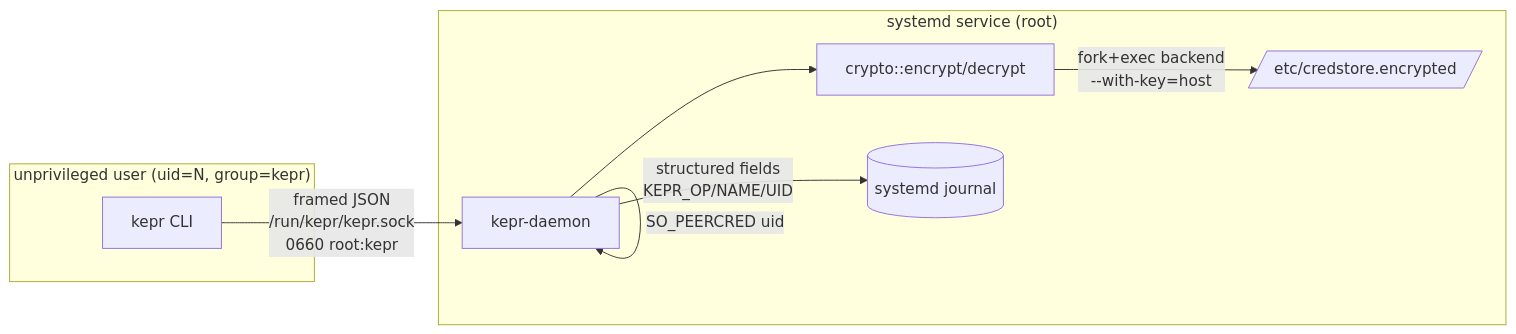
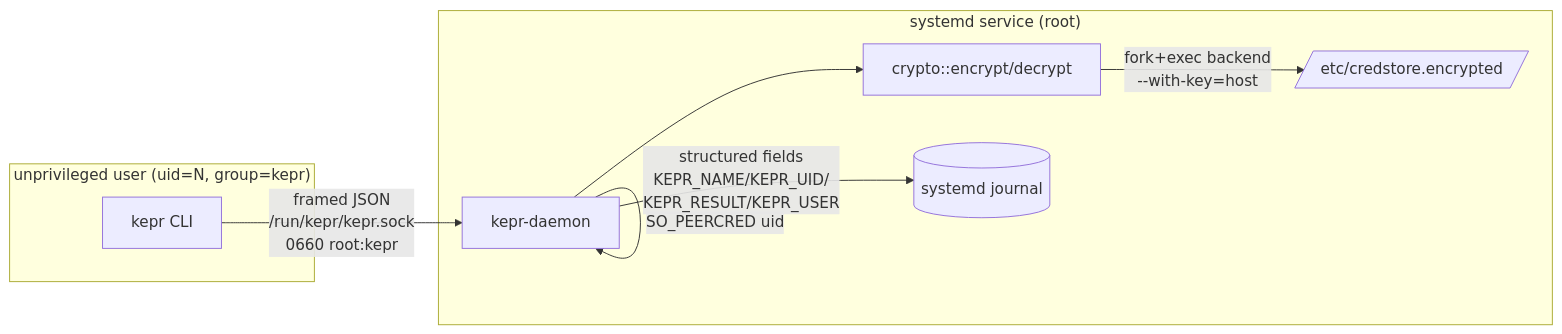
One commit to justdoGIT/kepr changed the diagram in docs/content/docs/architecture/overview.mdx. Above: the diagram before and after it, drawn with Mermaid. The commit also changed 3 other files, not shown here.

First line of the commit message:
docs: fix KEPR_* field names in diagrams and issue template placeholder

````diff
--- a/docs/content/docs/architecture/overview.mdx
+++ b/docs/content/docs/architecture/overview.mdx
@@ -22,17 +22,17 @@
 ```mermaid
 flowchart LR
     subgraph User["unprivileged user (uid=N, group=kepr)"]
         CLI[kepr CLI]
     end
     subgraph Root["systemd service (root)"]
         D[kepr-daemon]
         C["crypto::encrypt/decrypt"]
         S[/etc/credstore.encrypted/]
         J[(systemd journal)]
     end
     CLI -- "framed JSON\n/run/kepr/kepr.sock\n0660 root:kepr" --> D
     D -- "SO_PEERCRED uid" --> D
     D --> C
     C -- "fork+exec backend\n--with-key=host" --> S
-    D -- "structured fields\nKEPR_OP/NAME/UID" --> J
+    D -- "structured fields\nKEPR_NAME/KEPR_UID/\nKEPR_RESULT/KEPR_USER" --> J
 ```
````
